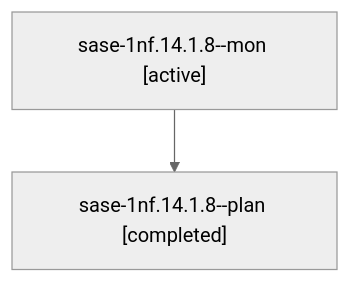
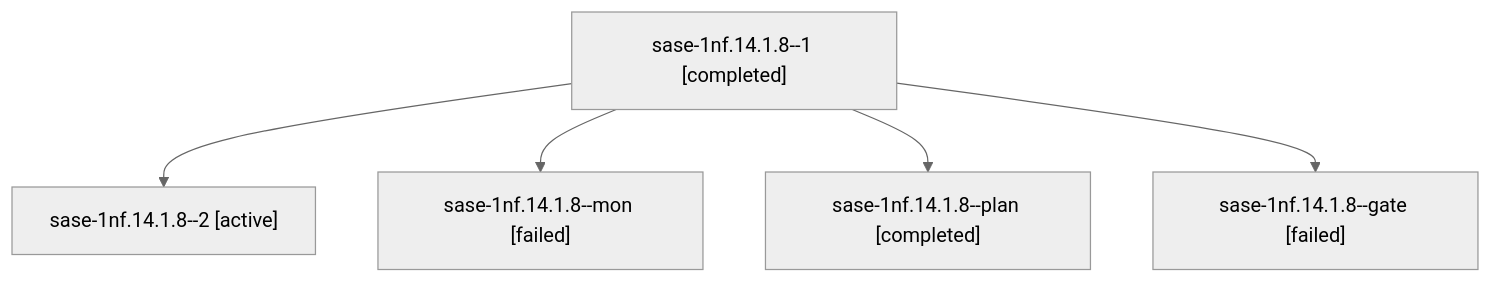
Before and after one commit to sase-org/sase--agents: the diagram in sessions/bbugyi200.athena.sase-1nf.14.1.8.md, drawn with Mermaid (neutral theme). The commit also changed other lines of this file and 211 other files, not shown here.

````diff
--- a/sessions/bbugyi200.athena.sase-1nf.14.1.8.md
+++ b/sessions/bbugyi200.athena.sase-1nf.14.1.8.md
@@ -9,6 +9,12 @@
 ```mermaid
 flowchart TD
-  n0["sase-1nf.14.1.8--mon [active]"]
-  n1["sase-1nf.14.1.8--plan [completed]"]
+  n0["sase-1nf.14.1.8--1 [completed]"]
+  n1["sase-1nf.14.1.8--2 [active]"]
   n0 --> n1
+  n2["sase-1nf.14.1.8--mon [failed]"]
+  n0 --> n2
+  n3["sase-1nf.14.1.8--plan [completed]"]
+  n0 --> n3
+  n4["sase-1nf.14.1.8--gate [failed]"]
+  n0 --> n4
 ```
````
